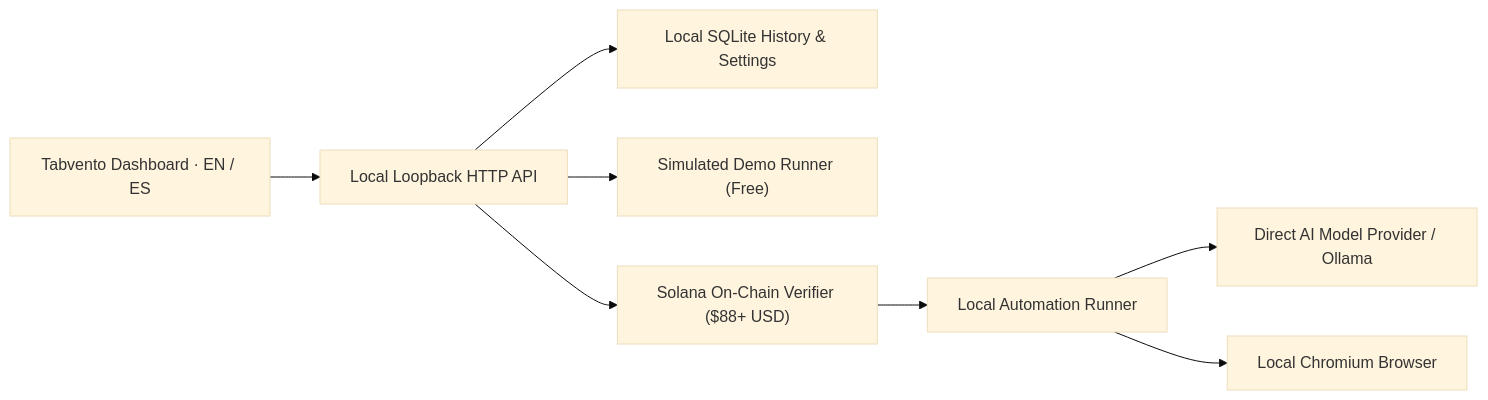
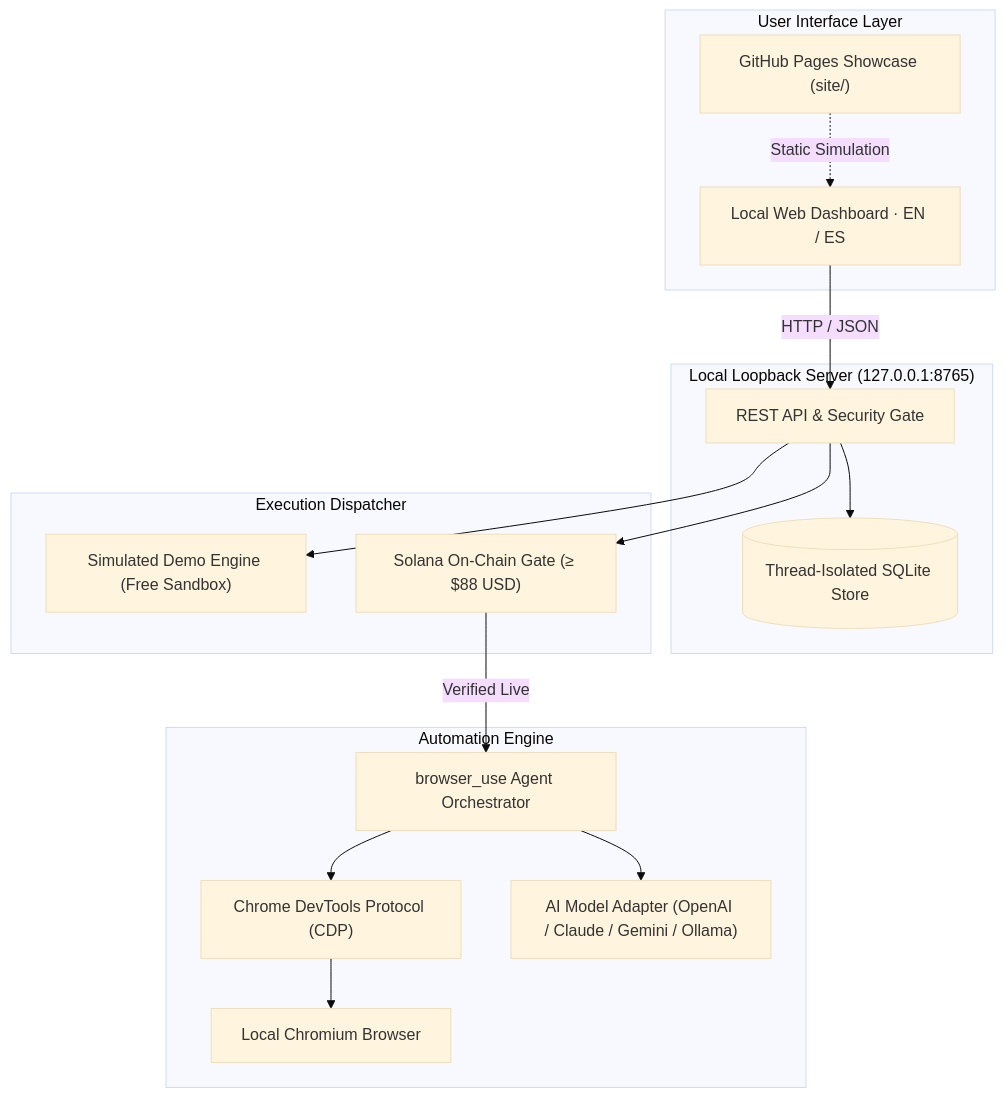
Before and after one commit to annoris/tabvento: the diagram in README.md, drawn with Mermaid (base theme). The commit also changed other lines of this file and 41 other files, not shown here.

Commit message:
feat: reorganize Tabvento for GitHub with interactive Pages showcase, visual docs, and CI

````diff
--- a/README.md
+++ b/README.md
@@ -73,10 +122,34 @@
 ```mermaid
-flowchart LR
-    UI["Tabvento Dashboard · EN / ES"] --> API["Local Loopback HTTP API"]
-    API --> DB["Local SQLite History & Settings"]
-    API --> DEMO["Simulated Demo Runner (Free)"]
-    API --> SOL["Solana On-Chain Verifier ($88+ USD)"]
-    SOL --> ENGINE["Local Automation Runner"]
-    ENGINE --> MODEL["Direct AI Model Provider / Ollama"]
-    ENGINE --> BROWSER["Local Chromium Browser"]
+flowchart TD
+    subgraph UI ["User Interface Layer"]
+        DASH["Local Web Dashboard · EN / ES"]
+        SHOWCASE["GitHub Pages Showcase (site/)"]
+    end
+
+    subgraph SERVER ["Local Loopback Server (127.0.0.1:8765)"]
+        API["REST API & Security Gate"]
+        STORE[("Thread-Isolated SQLite Store")]
+    end
+
+    subgraph DISPATCH ["Execution Dispatcher"]
+        DEMO["Simulated Demo Engine (Free Sandbox)"]
+        SOL["Solana On-Chain Gate (≥ $88 USD)"]
+    end
+
+    subgraph ENGINE ["Automation Engine"]
+        BROWSER_USE["browser_use Agent Orchestrator"]
+        CDP["Chrome DevTools Protocol (CDP)"]
+        CHROME["Local Chromium Browser"]
+        LLM["AI Model Adapter (OpenAI / Claude / Gemini / Ollama)"]
+    end
+
+    DASH -->|HTTP / JSON| API
+    SHOWCASE -.->|Static Simulation| DASH
+    API --> STORE
+    API --> DEMO
+    API --> SOL
+    SOL -->|Verified Live| BROWSER_USE
+    BROWSER_USE --> LLM
+    BROWSER_USE --> CDP
+    CDP --> CHROME
 ```
````
